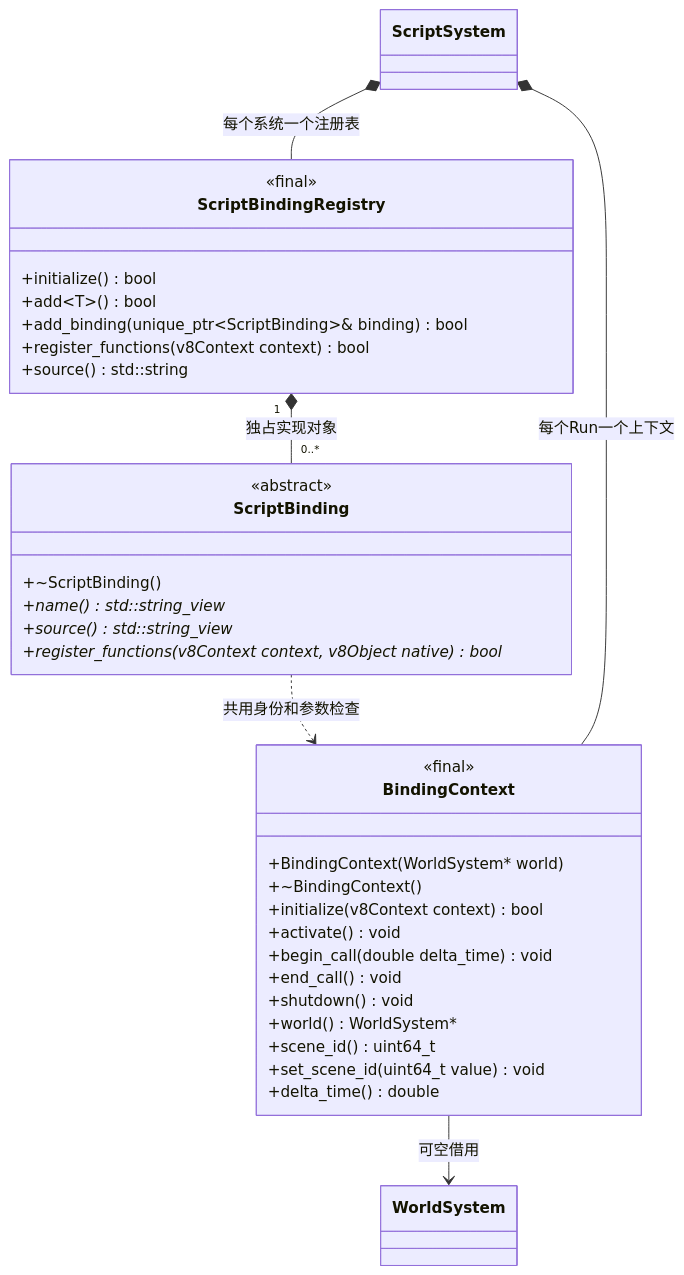
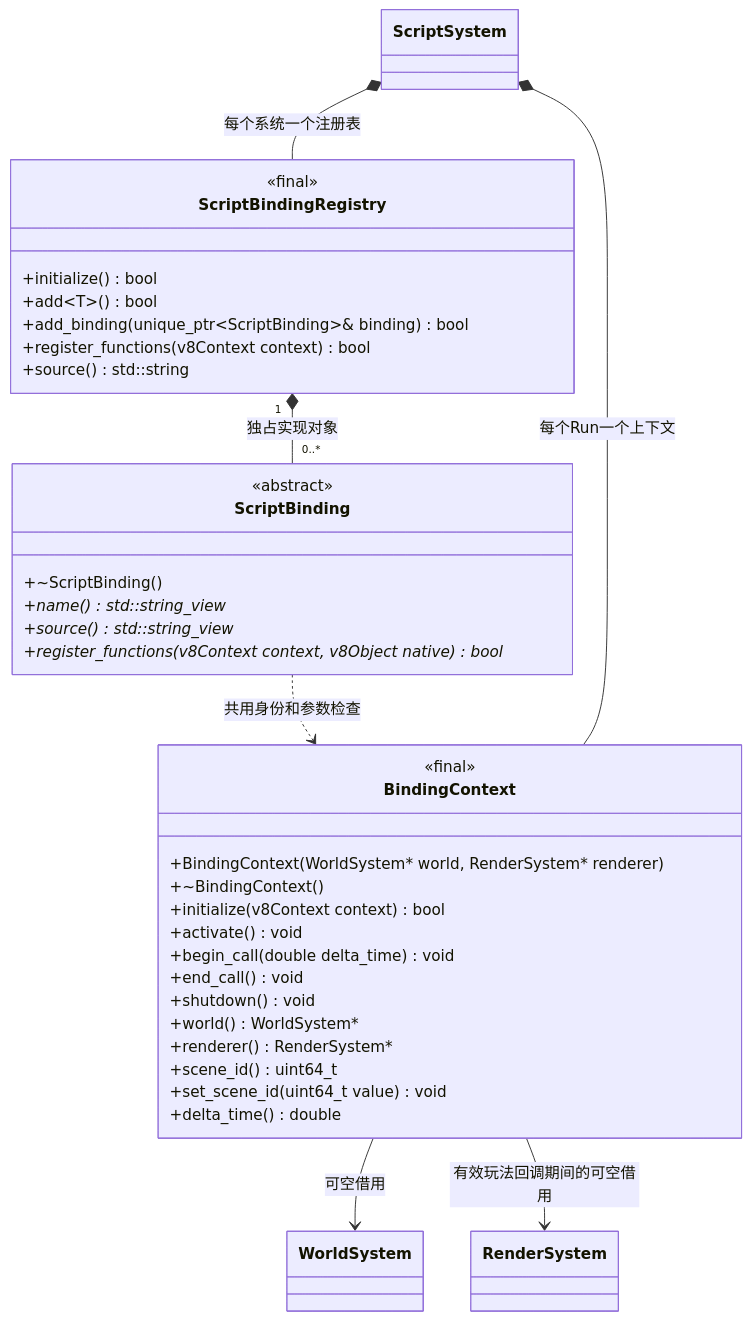
Before and after one commit to lcals/Engine: the first of 4 diagrams in docs/plugins/runtime/class-diagrams/script-bindings.md, drawn with Mermaid. The commit also changed other lines of this file and 2455 other files, not shown here.

````diff
--- a/docs/plugins/runtime/class-diagrams/script-bindings.md
+++ b/docs/plugins/runtime/class-diagrams/script-bindings.md
@@ -9,40 +9,43 @@
 ```mermaid
 classDiagram
     direction TB
     class ScriptBinding {
         <<abstract>>
         +~ScriptBinding()
         +name() std::string_view*
         +source() std::string_view*
         +register_functions(v8Context context, v8Object native) bool*
     }
     class ScriptBindingRegistry {
         <<final>>
         +initialize() bool
         +add~T~() bool
         +add_binding(unique_ptr~ScriptBinding~& binding) bool
         +register_functions(v8Context context) bool
         +source() std::string
     }
     class BindingContext {
         <<final>>
-        +BindingContext(WorldSystem#42; world)
+        +BindingContext(WorldSystem#42; world, RenderSystem#42; renderer)
         +~BindingContext()
         +initialize(v8Context context) bool
         +activate() void
         +begin_call(double delta_time) void
         +end_call() void
         +shutdown() void
         +world() WorldSystem#42;
+        +renderer() RenderSystem#42;
         +scene_id() uint64_t
         +set_scene_id(uint64_t value) void
         +delta_time() double
     }
     class ScriptSystem
     class WorldSystem
+    class RenderSystem
     ScriptBindingRegistry "1" *-- "0..*" ScriptBinding : 独占实现对象
     ScriptBinding ..> BindingContext : 共用身份和参数检查
     ScriptSystem *-- ScriptBindingRegistry : 每个系统一个注册表
     ScriptSystem *-- BindingContext : 每个Run一个上下文
     BindingContext --> WorldSystem : 可空借用
+    BindingContext --> RenderSystem : 有效玩法回调期间的可空借用
 ```
````
